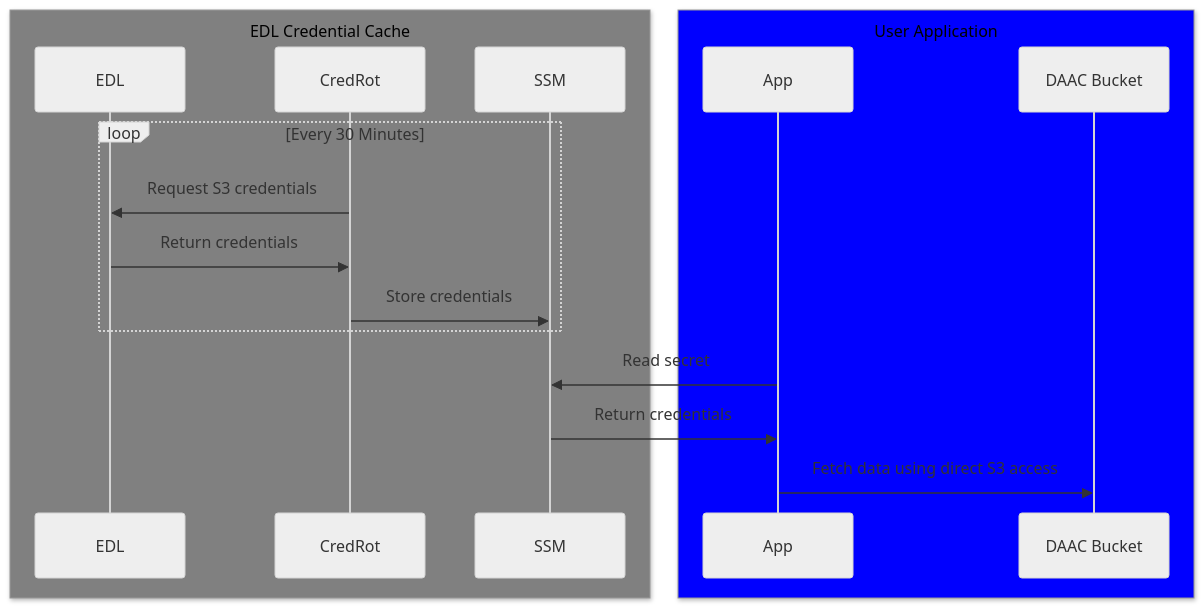
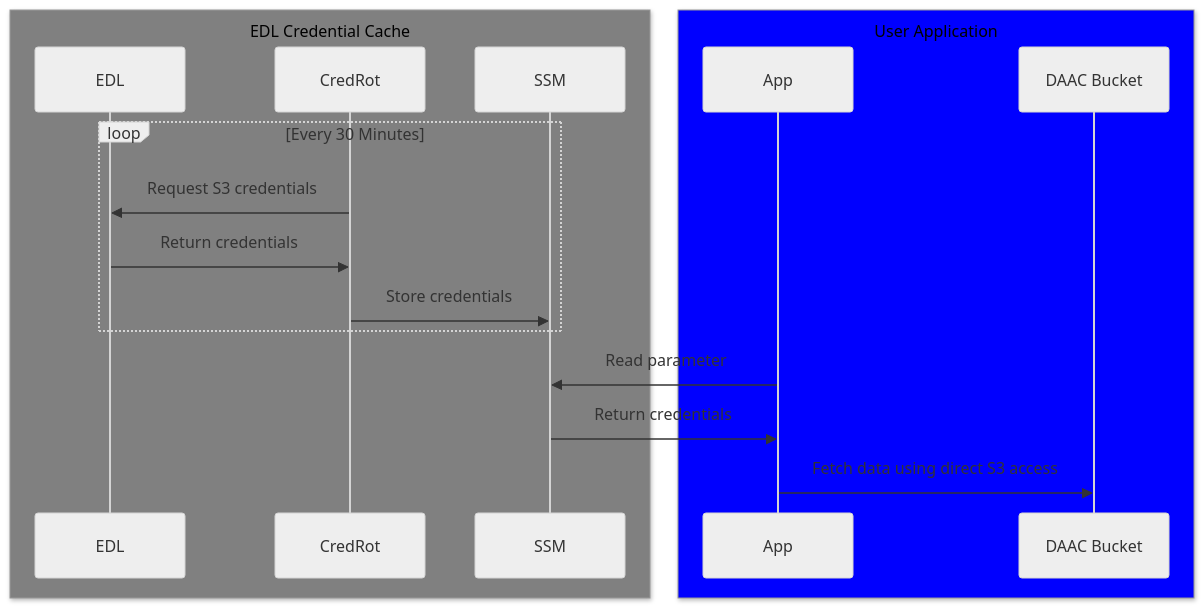
Before and after one commit to ceholden/edl-credential-rotation: the diagram in README.md, drawn with Mermaid (neutral theme). The commit also changed other lines of this file and 3 other files, not shown here.

````diff
--- a/README.md
+++ b/README.md
@@ -64,23 +104,23 @@
 ```mermaid
 sequenceDiagram
     box Grey EDL Credential Cache
     participant EDL
     participant CredRot
     participant SSM
     end
 
     box Blue User Application
     participant App
     participant Bucket as DAAC Bucket
     end
 
     loop Every 30 Minutes
         CredRot->>EDL: Request S3 credentials
         EDL->>CredRot: Return credentials
         CredRot->>SSM: Store credentials
     end
 
-    App->>SSM: Read secret
+    App->>SSM: Read parameter
     SSM->>App: Return credentials
     App->>Bucket: Fetch data using direct S3 access
 ```
````
